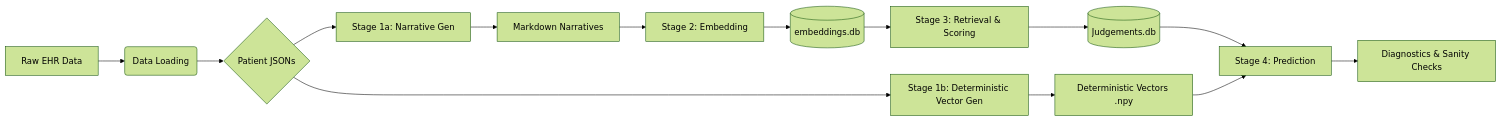
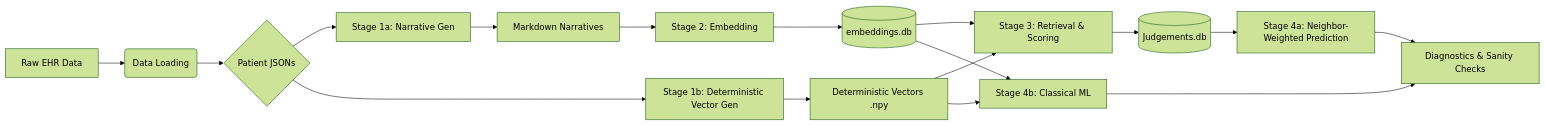
The first of 2 diagrams in research/TRD-EHR/README.md (Pirate-Hunter-Zoro/Atlas), drawn with Mermaid (forest theme) before and after one commit. The commit also changed other lines of this file and 3 other files, not shown here.

````diff
--- a/research/TRD-EHR/README.md
+++ b/research/TRD-EHR/README.md
@@ -8,18 +15,19 @@
 ```mermaid
 graph LR
     A[Raw EHR Data] --> B(Data Loading)
     B --> C{Patient JSONs}
     C --> D[Stage 1a: Narrative Gen]
     C --> E[Stage 1b: Deterministic Vector Gen]
     D --> F[Markdown Narratives]
     F --> G[Stage 2: Embedding]
     G --> H[(embeddings.db)]
     E --> I[Deterministic Vectors .npy]
     H --> J[Stage 3: Retrieval & Scoring]
+    I --> J
     J --> K[(Judgements.db)]
-    K --> L[Stage 4: Prediction]
-    I --> L
-    L --> M[Diagnostics & Sanity Checks]
-
-
+    K --> L[Stage 4a: Neighbor-Weighted Prediction]
+    I --> M[Stage 4b: Classical ML]
+    H --> M
+    L --> N[Diagnostics & Sanity Checks]
+    M --> N
 ```
````
